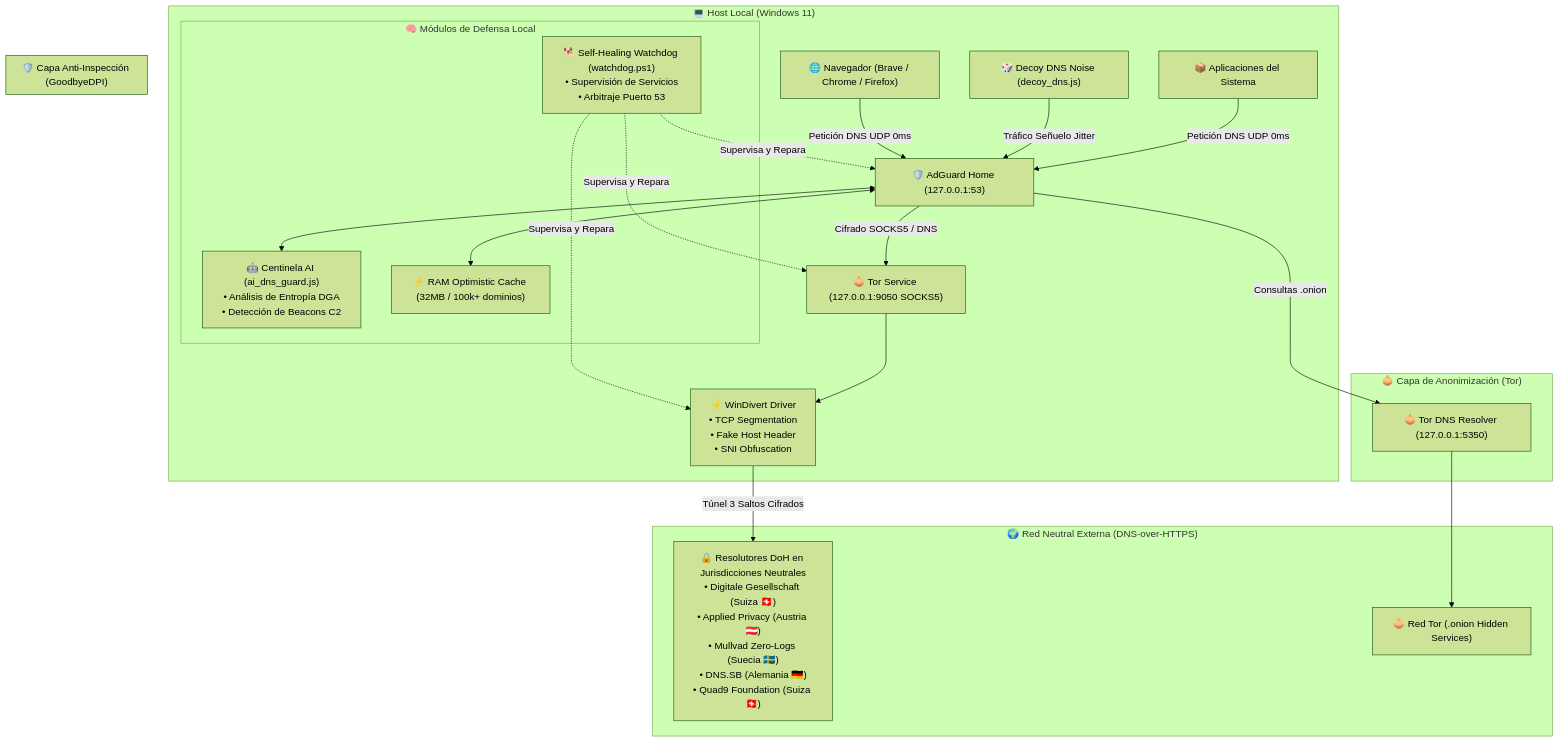
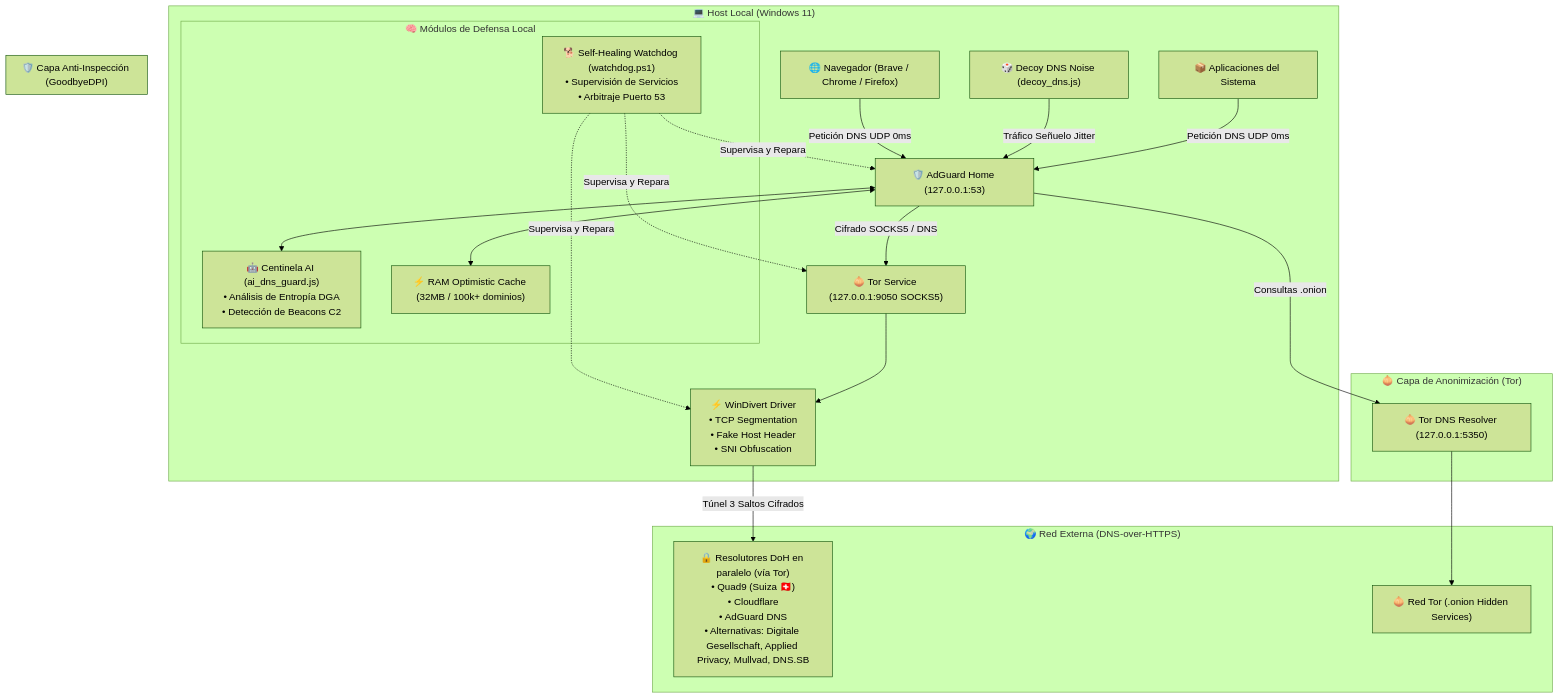
The diagram in README.md (jpscalero/adguardhome-tor-dns-fortress), drawn with Mermaid (forest theme) before and after one commit. The commit also changed other lines of this file and 24 other files, not shown here.

````diff
--- a/README.md
+++ b/README.md
@@ -19,44 +27,44 @@
 ```mermaid
 flowchart TD
     subgraph Host ["💻 Host Local (Windows 11)"]
         Browser["🌐 Navegador (Brave / Chrome / Firefox)"]
         Decoy["🎲 Decoy DNS Noise (decoy_dns.js)"]
         Apps["📦 Aplicaciones del Sistema"]
         
         Browser -->|Petición DNS UDP 0ms| AGH["🛡️ AdGuard Home (127.0.0.1:53)"]
         Decoy -->|Tráfico Señuelo Jitter| AGH
         Apps -->|Petición DNS UDP 0ms| AGH
 
         subgraph LocalDefense ["🧠 Módulos de Defensa Local"]
             Centinela["🤖 Centinela AI (ai_dns_guard.js)<br/>• Análisis de Entropía DGA<br/>• Detección de Beacons C2"]
             Watchdog["🐕 Self-Healing Watchdog (watchdog.ps1)<br/>• Supervisión de Servicios<br/>• Arbitraje Puerto 53"]
             Cache["⚡ RAM Optimistic Cache (32MB / 100k+ dominios)"]
         end
 
         AGH <--> Centinela
         AGH <--> Cache
         Watchdog -.->|Supervisa y Repara| AGH
         Watchdog -.->|Supervisa y Repara| TorProxy
         Watchdog -.->|Supervisa y Repara| GDPI
     end
 
     subgraph EvasionLayer ["🛡️ Capa Anti-Inspección (GoodbyeDPI)"]
         GDPI["⚡ WinDivert Driver<br/>• TCP Segmentation<br/>• Fake Host Header<br/>• SNI Obfuscation"]
     end
 
     subgraph AnonymityLayer ["🧅 Capa de Anonimización (Tor)"]
         TorProxy["🧅 Tor Service (127.0.0.1:9050 SOCKS5)"]
         OnionDNS["🧅 Tor DNS Resolver (127.0.0.1:5350)"]
     end
 
-    subgraph Internet ["🌍 Red Neutral Externa (DNS-over-HTTPS)"]
-        Resolvers["🔒 Resolutores DoH en Jurisdicciones Neutrales<br/>• Digitale Gesellschaft (Suiza 🇨🇭)<br/>• Applied Privacy (Austria 🇦🇹)<br/>• Mullvad Zero-Logs (Suecia 🇸🇪)<br/>• DNS.SB (Alemania 🇩🇪)<br/>• Quad9 Foundation (Suiza 🇨🇭)"]
+    subgraph Internet ["🌍 Red Externa (DNS-over-HTTPS)"]
+        Resolvers["🔒 Resolutores DoH en paralelo (vía Tor)<br/>• Quad9 (Suiza 🇨🇭)<br/>• Cloudflare<br/>• AdGuard DNS<br/>• Alternativas: Digitale Gesellschaft, Applied Privacy, Mullvad, DNS.SB"]
         OnionNet["🧅 Red Tor (.onion Hidden Services)"]
     end
 
     AGH -->|Cifrado SOCKS5 / DNS| TorProxy
     AGH -->|Consultas .onion| OnionDNS
     TorProxy --> GDPI
     GDPI -->|Túnel 3 Saltos Cifrados| Resolvers
     OnionDNS --> OnionNet
 ```
````
